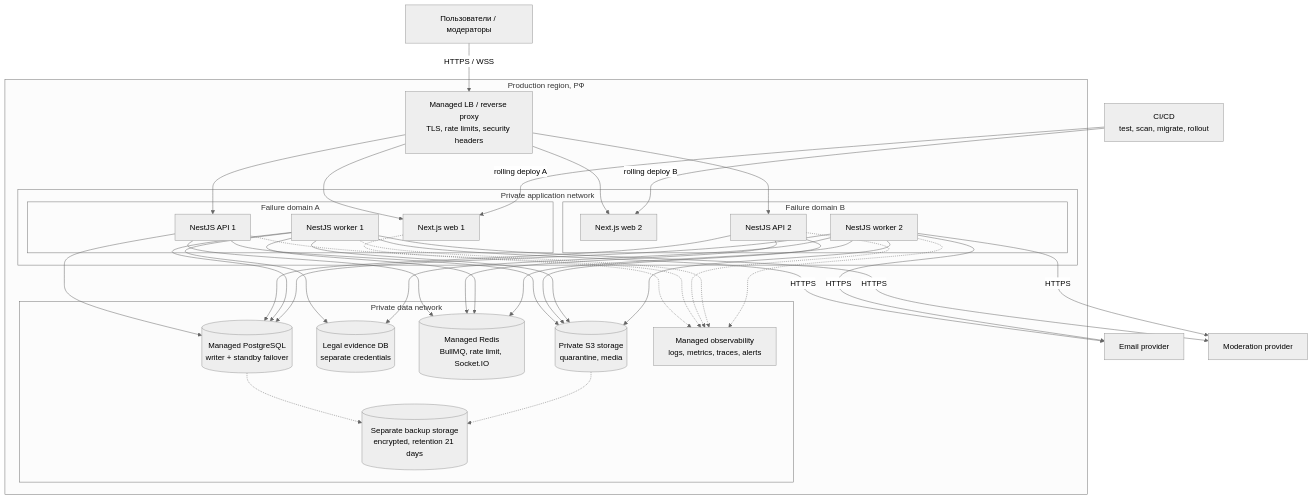
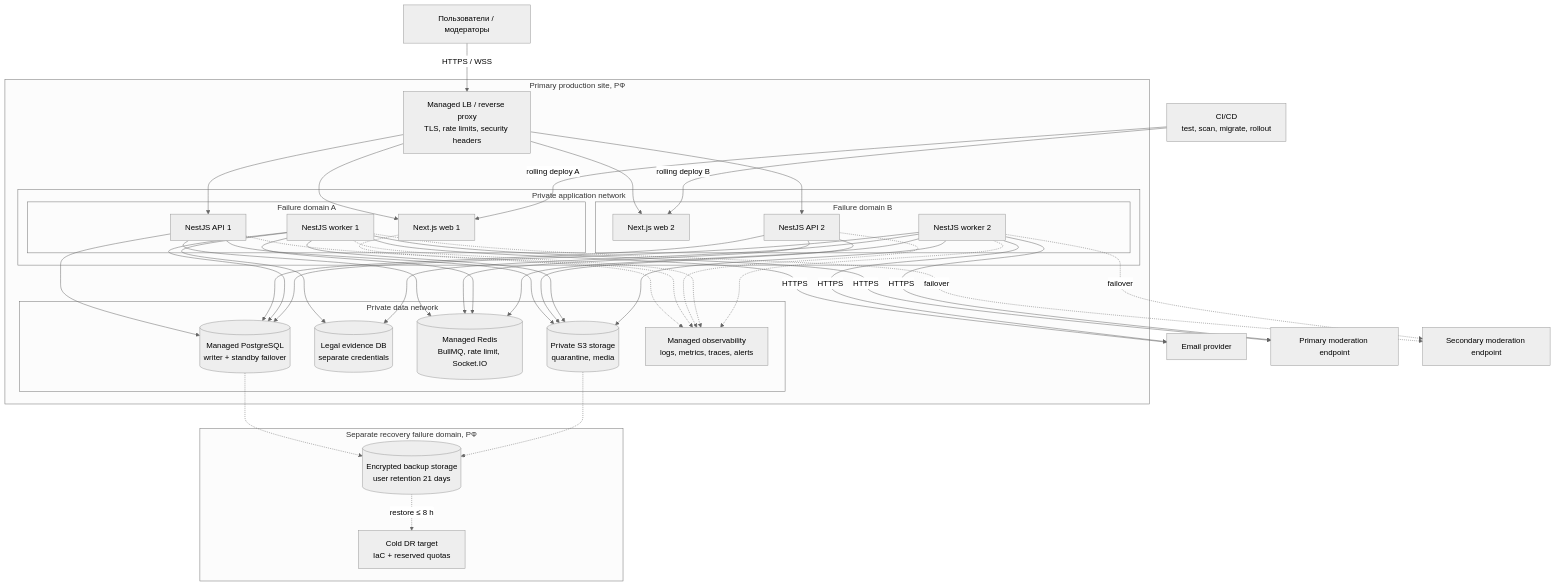
Before and after one commit to alextwix69/MPEITEAM: the second of 4 diagrams in docs/architecture/system-design.md, drawn with Mermaid (neutral theme). The commit also changed other lines of this file and 14 other files, not shown here.

Commit message:
Architecture building DONE

````diff
--- a/docs/architecture/system-design.md
+++ b/docs/architecture/system-design.md
@@ -365,67 +393,75 @@
 ```mermaid
 flowchart TB
     internet["Пользователи / модераторы"]
 
-    subgraph rf["Production region, РФ"]
+    subgraph rf["Primary production site, РФ"]
         edge["Managed LB / reverse proxy<br/>TLS, rate limits, security headers"]
 
         subgraph apps["Private application network"]
             subgraph fd1["Failure domain A"]
                 web1["Next.js web 1"]
                 api1["NestJS API 1"]
                 worker1["NestJS worker 1"]
             end
             subgraph fd2["Failure domain B"]
                 web2["Next.js web 2"]
                 api2["NestJS API 2"]
                 worker2["NestJS worker 2"]
             end
         end
 
         subgraph data["Private data network"]
             pg[("Managed PostgreSQL<br/>writer + standby failover")]
             legal[("Legal evidence DB<br/>separate credentials")]
             redis[("Managed Redis<br/>BullMQ, rate limit, Socket.IO")]
             s3[("Private S3 storage<br/>quarantine, media")]
-            backup[("Separate backup storage<br/>encrypted, retention 21 days")]
             obs["Managed observability<br/>logs, metrics, traces, alerts"]
         end
     end
 
+    subgraph recovery["Separate recovery failure domain, РФ"]
+        backup[("Encrypted backup storage<br/>user retention 21 days")]
+        dr["Cold DR target<br/>IaC + reserved quotas"]
+    end
+
     email["Email provider"]
-    moderation["Moderation provider"]
+    moderation1["Primary moderation endpoint"]
+    moderation2["Secondary moderation endpoint"]
     ci["CI/CD<br/>test, scan, migrate, rollout"]
 
     internet -->|"HTTPS / WSS"| edge
     edge --> web1
     edge --> web2
     edge --> api1
     edge --> api2
     api1 --> pg
     api2 --> pg
     api1 --> redis
     api2 --> redis
     api1 --> s3
     api2 --> s3
     worker1 --> pg
     worker1 --> legal
     worker1 --> redis
     worker1 --> s3
     worker2 --> pg
     worker2 --> legal
     worker2 --> redis
     worker2 --> s3
     pg -.-> backup
     s3 -.-> backup
+    backup -.->|"restore ≤ 8 h"| dr
     worker1 -->|"HTTPS"| email
-    worker1 -->|"HTTPS"| moderation
+    worker1 -->|"HTTPS"| moderation1
+    worker1 -.->|"failover"| moderation2
     worker2 -->|"HTTPS"| email
-    worker2 -->|"HTTPS"| moderation
+    worker2 -->|"HTTPS"| moderation1
+    worker2 -.->|"failover"| moderation2
     web1 -.-> obs
     api1 -.-> obs
     api2 -.-> obs
     worker1 -.-> obs
     worker2 -.-> obs
     ci -->|"rolling deploy A"| web1
     ci -->|"rolling deploy B"| web2
 ```
````
